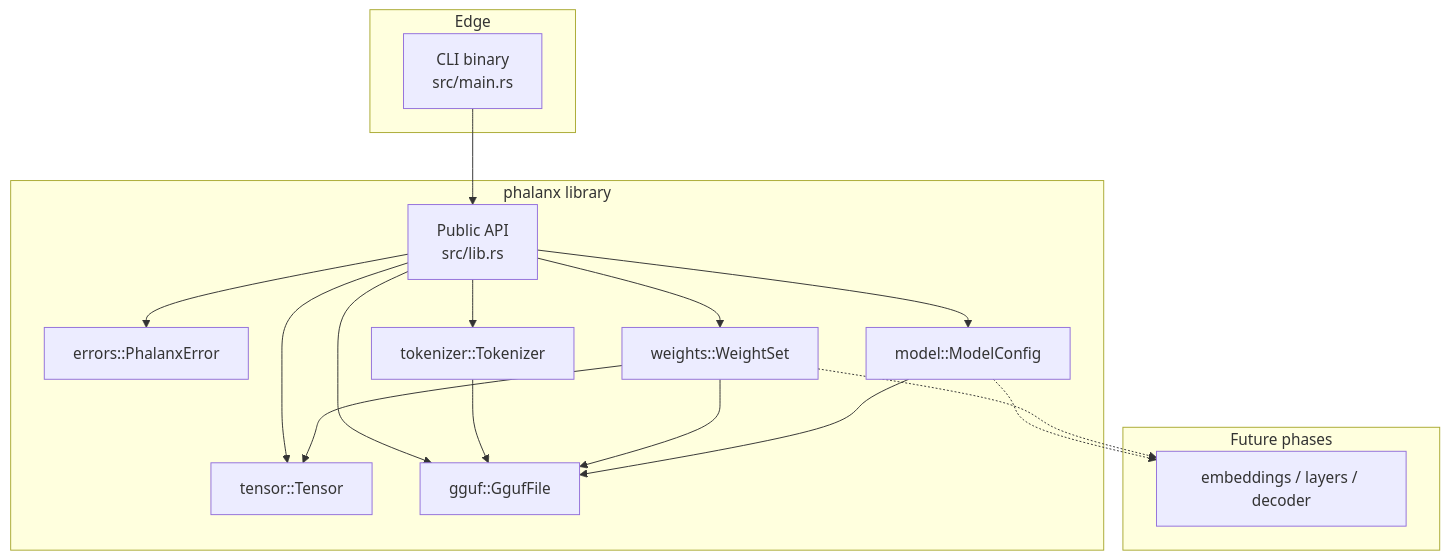
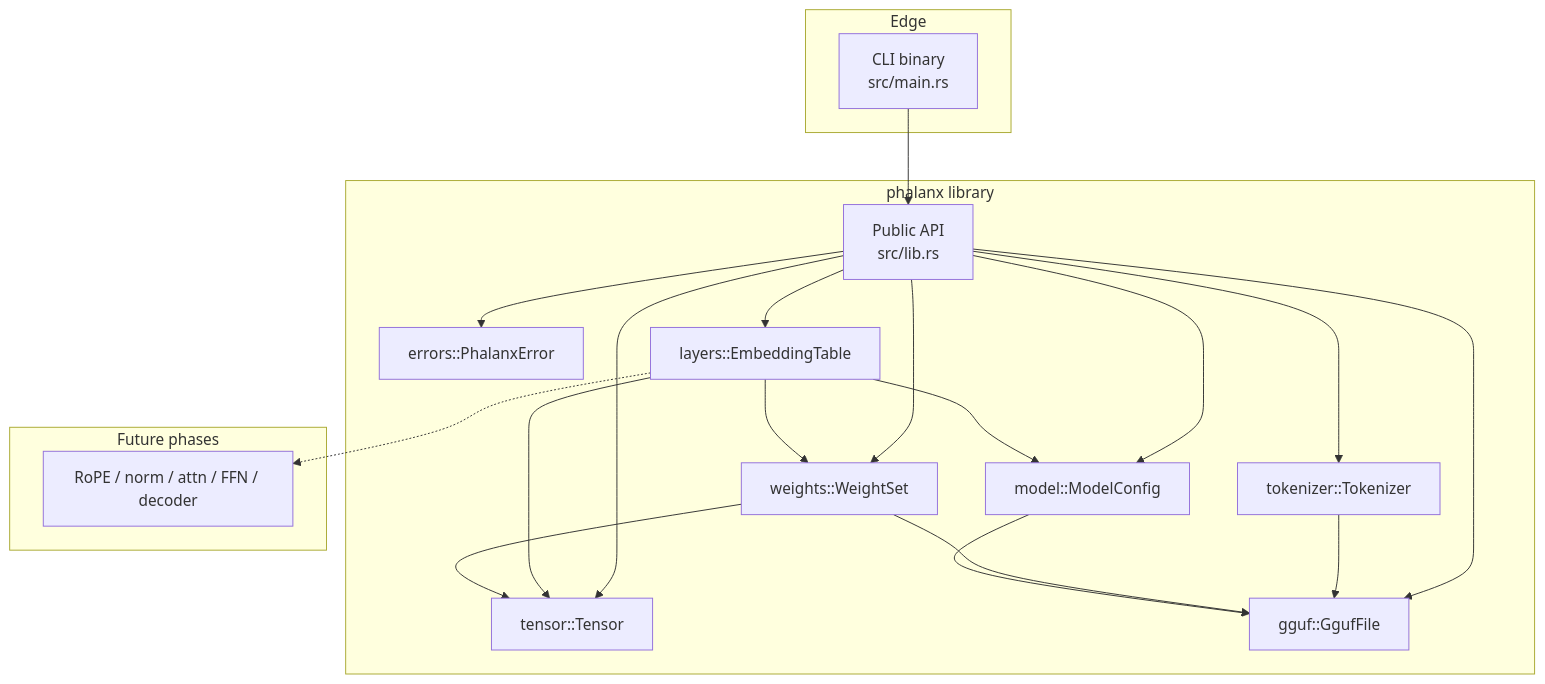
One commit to 404khai/phalanx changed the diagram in runtime/README.md. Above: the diagram before and after it, drawn with Mermaid. The commit also changed other lines of this file and 14 other files, not shown here.

First line of the commit message:
feat(layers): add token embedding gather from GGUF weights

````diff
--- a/runtime/README.md
+++ b/runtime/README.md
@@ -45,34 +46,38 @@
 ```mermaid
 flowchart TB
     subgraph edge [Edge]
         CLI["CLI binary<br/>src/main.rs"]
     end
 
     subgraph library [phalanx library]
         API["Public API<br/>src/lib.rs"]
         Errors["errors::PhalanxError"]
         Tensor["tensor::Tensor"]
         GGUF["gguf::GgufFile"]
         Tok["tokenizer::Tokenizer"]
         Weights["weights::WeightSet"]
         Model["model::ModelConfig"]
+        Emb["layers::EmbeddingTable"]
     end
 
     subgraph future [Future phases]
-        Decoder["embeddings / layers / decoder"]
+        Decoder["RoPE / norm / attn / FFN / decoder"]
     end
 
     CLI --> API
     API --> Errors
     API --> Tensor
     API --> GGUF
     API --> Tok
     API --> Weights
     API --> Model
+    API --> Emb
     Tok --> GGUF
     Weights --> GGUF
     Model --> GGUF
+    Emb --> Weights
+    Emb --> Model
+    Emb --> Tensor
     Weights --> Tensor
-    Model -.-> Decoder
-    Weights -.-> Decoder
+    Emb -.-> Decoder
 ```
````
